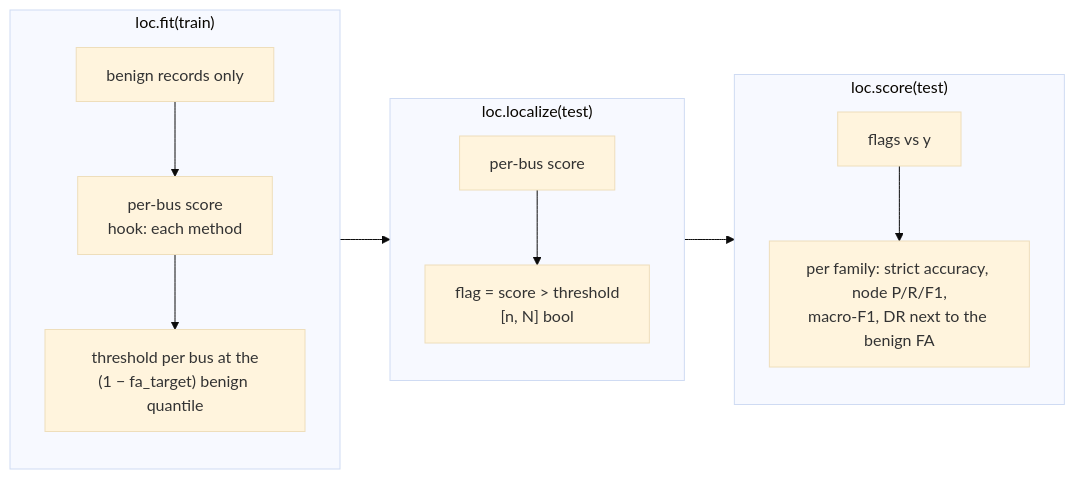
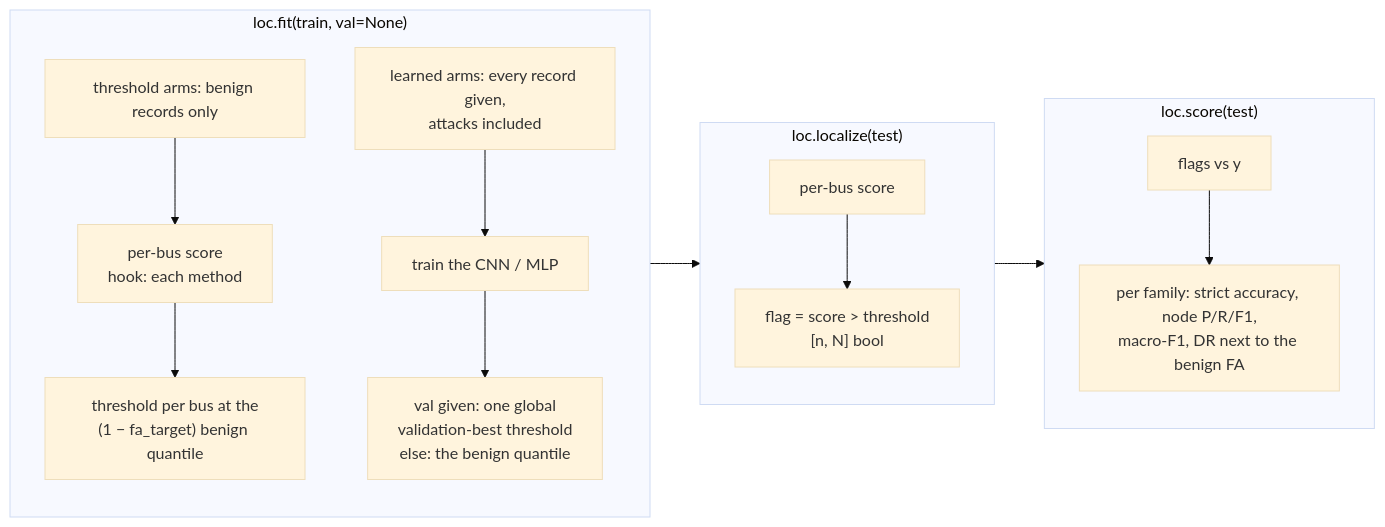
Before and after one commit to myersben9/fdia-graph: the diagram in docs/localization/README.md, drawn with Mermaid (base theme). The commit also changed 2 other files, not shown here.

Commit message:
Review: the diagrams show the two attack paths and the two fit paths

````diff
--- a/docs/localization/README.md
+++ b/docs/localization/README.md
@@ -17,14 +17,16 @@
 ```mermaid
 flowchart LR
-    subgraph fit["loc.fit(train)"]
-        b[benign records only] --> s1["per-bus score<br/>hook: each method"]
+    subgraph fit["loc.fit(train, val=None)"]
+        b[threshold arms: benign records only] --> s1["per-bus score<br/>hook: each method"]
         s1 --> t["threshold per bus at the<br/>(1 − fa_target) benign quantile"]
+        l[learned arms: every record given,<br/>attacks included] --> tr[train the CNN / MLP]
+        tr --> t2["val given: one global<br/>validation-best threshold<br/>else: the benign quantile"]
     end
     subgraph localize["loc.localize(test)"]
         s2[per-bus score] --> f["flag = score > threshold<br/>[n, N] bool"]
     end
     subgraph score["loc.score(test)"]
         f2[flags vs y] --> m["per family: strict accuracy, node P/R/F1,<br/>macro-F1, DR next to the benign FA"]
     end
     fit --> localize --> score
 ```
````
